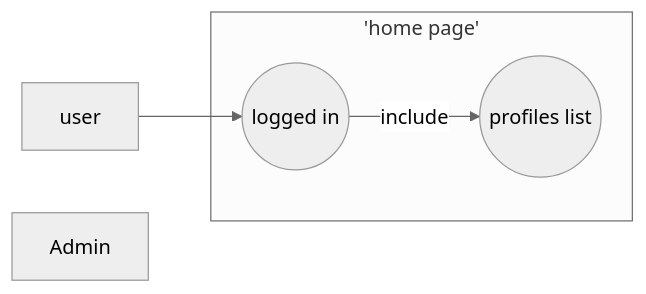
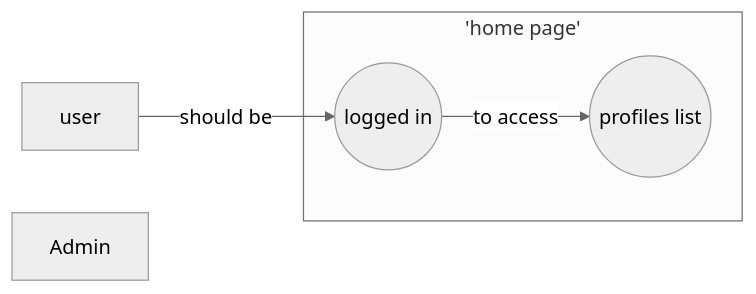
The second of 4 diagrams in README.MD (Omar1H1/initiative-app), drawn with Mermaid (neutral theme) before and after one commit.

Commit message:
Update: README

````diff
--- a/README.MD
+++ b/README.MD
@@ -17,13 +17,13 @@
 ```mermaid
 flowchart LR
     subgraph 'home page'
     uc1((logged in))
     uc2((profiles list))
 
     end
     user[user]
     admin[Admin]
 
-    user --> uc1
-    uc1 -- include --> uc2
+    user -- should be --> uc1
+    uc1 -- to access --> uc2
 ```
````
